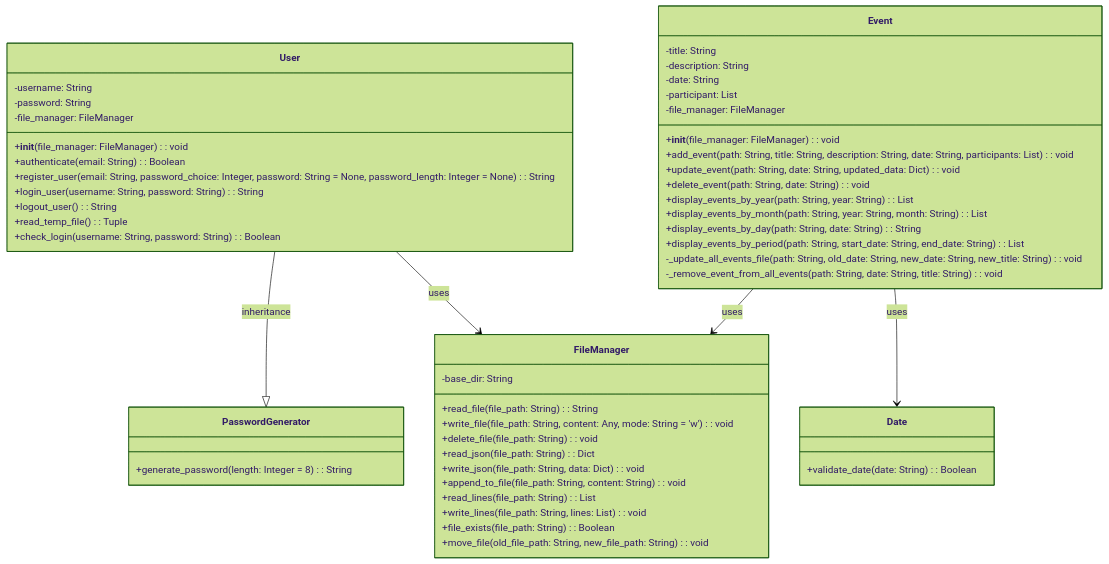
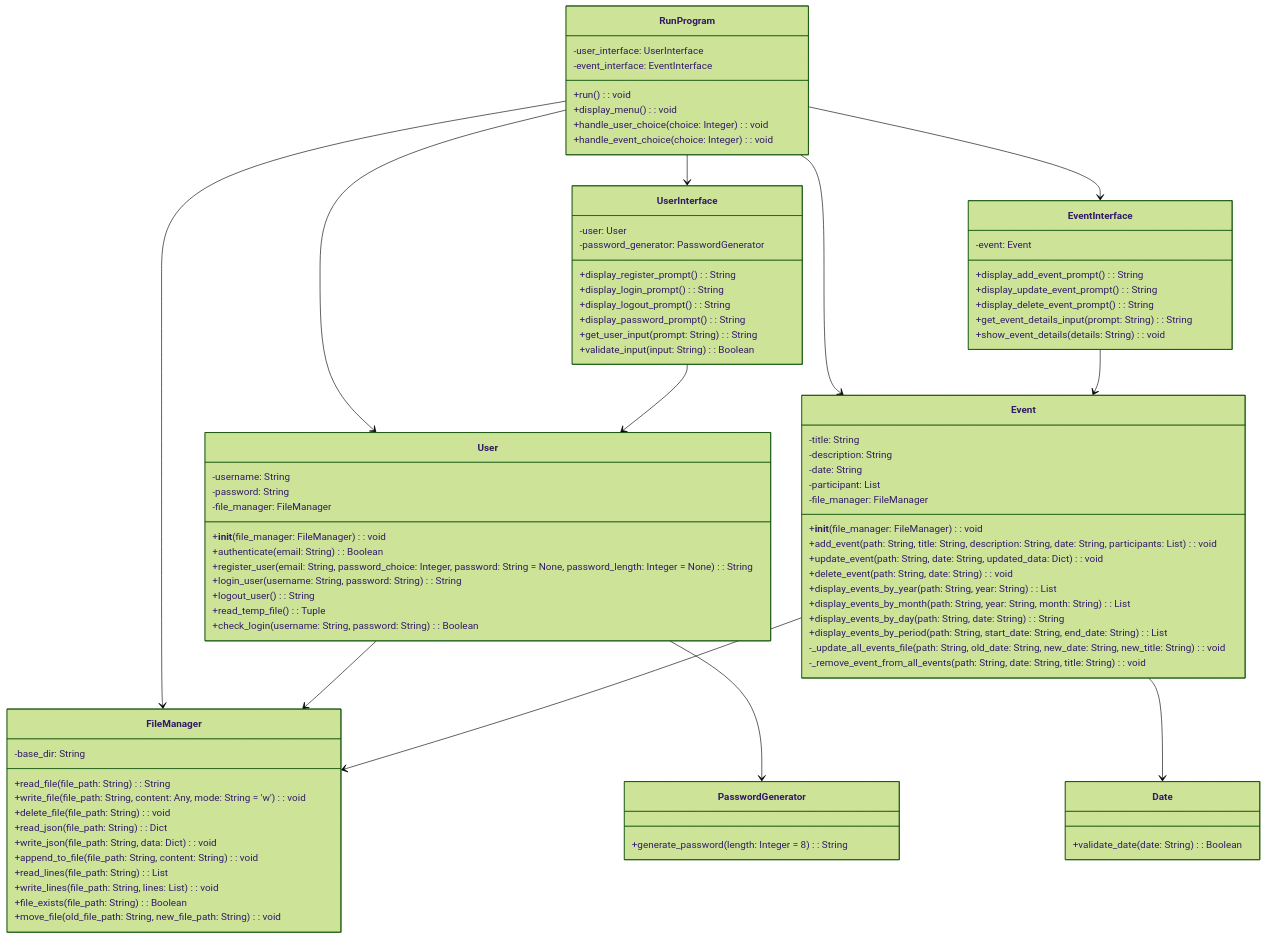
Before and after one commit to YuriyMavko/test: the diagram in README.md, drawn with Mermaid (forest theme).

````diff
--- a/README.md
+++ b/README.md
@@ -53,11 +53,45 @@
         -_remove_event_from_all_events(path: String, date: String, title: String): void
     }
 
+    class UserInterface {
+        -user: User
+        -password_generator: PasswordGenerator
+        +display_register_prompt(): String
+        +display_login_prompt(): String
+        +display_logout_prompt(): String
+        +display_password_prompt(): String
+        +get_user_input(prompt: String): String
+        +validate_input(input: String): Boolean
+    }
+
+    class EventInterface {
+        -event: Event
+        +display_add_event_prompt(): String
+        +display_update_event_prompt(): String
+        +display_delete_event_prompt(): String
+        +get_event_details_input(prompt: String): String
+        +show_event_details(details: String): void
+    }
+
+    class RunProgram {
+        -user_interface: UserInterface
+        -event_interface: EventInterface
+        +run(): void
+        +display_menu(): void
+        +handle_user_choice(choice: Integer): void
+        +handle_event_choice(choice: Integer): void
+    }
+
     %% Relationships
-    User --|> PasswordGenerator : inheritance
-    User --> FileManager : uses
-    Event --> FileManager : uses
-    Event --> Date : uses
-
-
+    RunProgram --> User
+    RunProgram --> UserInterface
+    RunProgram --> Event
+    RunProgram --> EventInterface
+    RunProgram --> FileManager
+    User --> FileManager
+    User --> PasswordGenerator
+    UserInterface --> User
+    Event --> FileManager
+    Event --> Date
+    EventInterface --> Event
 ```
````
